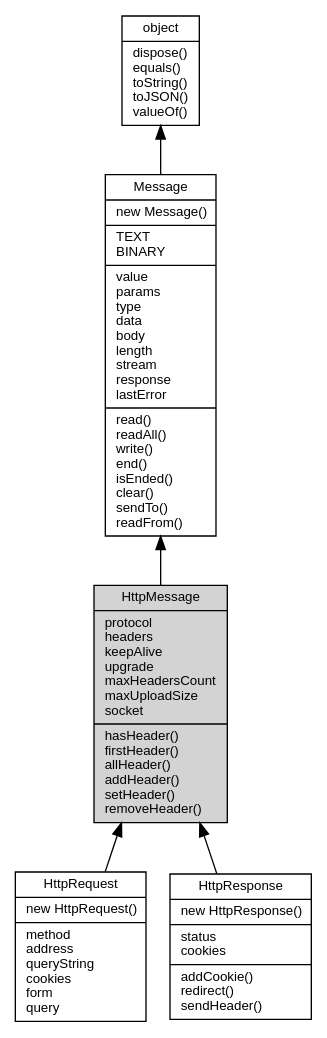
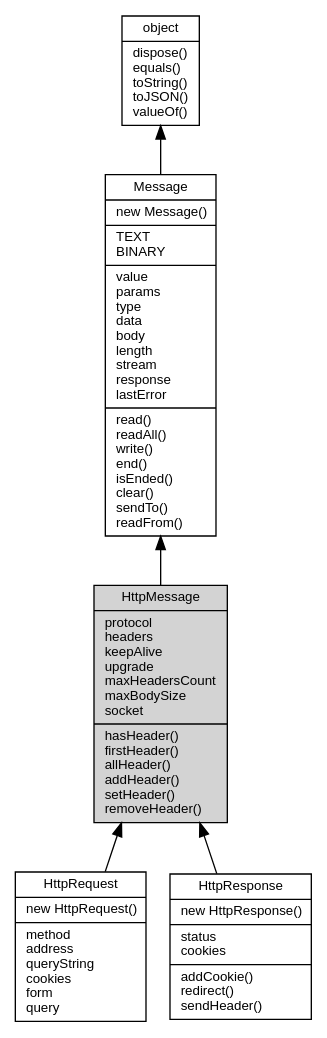
The diagram in docs/manual/object/ifs/HttpMessage.md (fibjs/fibjs.org), drawn with Graphviz before and after one commit. The commit also changed other lines of this file and 26 other files, not shown here.

````diff
--- a/docs/manual/object/ifs/HttpMessage.md
+++ b/docs/manual/object/ifs/HttpMessage.md
@@ -5,16 +5,16 @@
 ```dot
 digraph {
     node [fontname="Helvetica,sans-Serif", fontsize=10, shape="record", style="filled", fillcolor="white"];
 
     object [tooltip="object", URL="object.md", label="{object|dispose()\lequals()\ltoString()\ltoJSON()\lvalueOf()\l}"];
     Message [tooltip="Message", URL="Message.md", label="{Message|new Message()\l|TEXT\lBINARY\l|value\lparams\ltype\ldata\lbody\llength\lstream\lresponse\llastError\l|read()\lreadAll()\lwrite()\lend()\lisEnded()\lclear()\lsendTo()\lreadFrom()\l}"];
-    HttpMessage [tooltip="HttpMessage", fillcolor="lightgray", label="{HttpMessage|protocol\lheaders\lkeepAlive\lupgrade\lmaxHeadersCount\lmaxUploadSize\lsocket\l|hasHeader()\lfirstHeader()\lallHeader()\laddHeader()\lsetHeader()\lremoveHeader()\l}"];
+    HttpMessage [tooltip="HttpMessage", fillcolor="lightgray", label="{HttpMessage|protocol\lheaders\lkeepAlive\lupgrade\lmaxHeadersCount\lmaxBodySize\lsocket\l|hasHeader()\lfirstHeader()\lallHeader()\laddHeader()\lsetHeader()\lremoveHeader()\l}"];
     HttpRequest [tooltip="HttpRequest", URL="HttpRequest.md", label="{HttpRequest|new HttpRequest()\l|method\laddress\lqueryString\lcookies\lform\lquery\l}"];
     HttpResponse [tooltip="HttpResponse", URL="HttpResponse.md", label="{HttpResponse|new HttpResponse()\l|status\lcookies\l|addCookie()\lredirect()\lsendHeader()\l}"];
 
     object -> Message [dir=back];
     Message -> HttpMessage [dir=back];
     HttpMessage -> HttpRequest [dir=back];
     HttpMessage -> HttpResponse [dir=back];
 }
 ```
````
